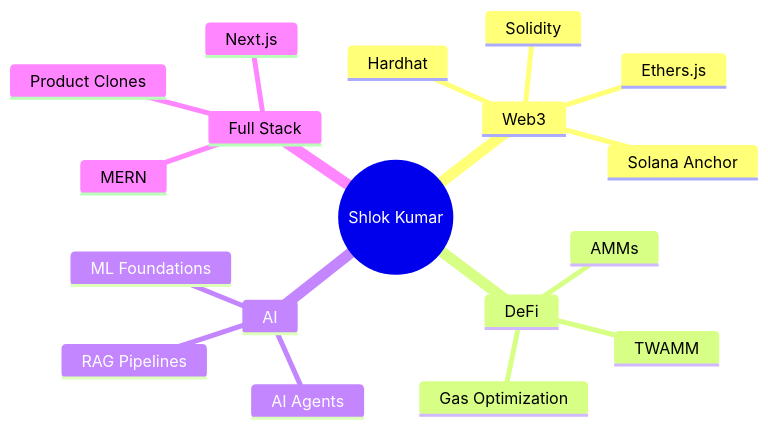
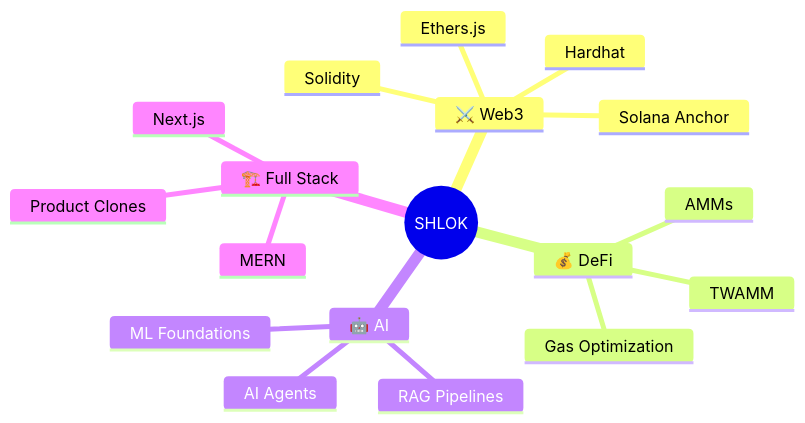
One commit to shlok2740/shlok2740 changed the diagram in README.md. Above: the diagram before and after it, drawn with Mermaid. The commit also changed other lines of this file and 1 other file, not shown here.

````diff
--- a/README.md
+++ b/README.md
@@ -66,21 +173,21 @@
 ```mermaid
 mindmap
-  root((Shlok Kumar))
-    Web3
+  root((SHLOK))
+    ⚔️ Web3
       Solidity
       Hardhat
       Ethers.js
       Solana Anchor
-    DeFi
+    💰 DeFi
       TWAMM
       AMMs
       Gas Optimization
-    AI
+    🤖 AI
       RAG Pipelines
       AI Agents
       ML Foundations
-    Full Stack
+    🏗️ Full Stack
       Next.js
       MERN
       Product Clones
 ```
````
